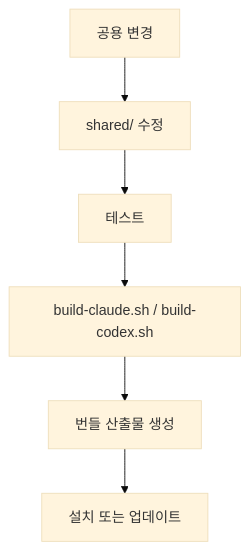
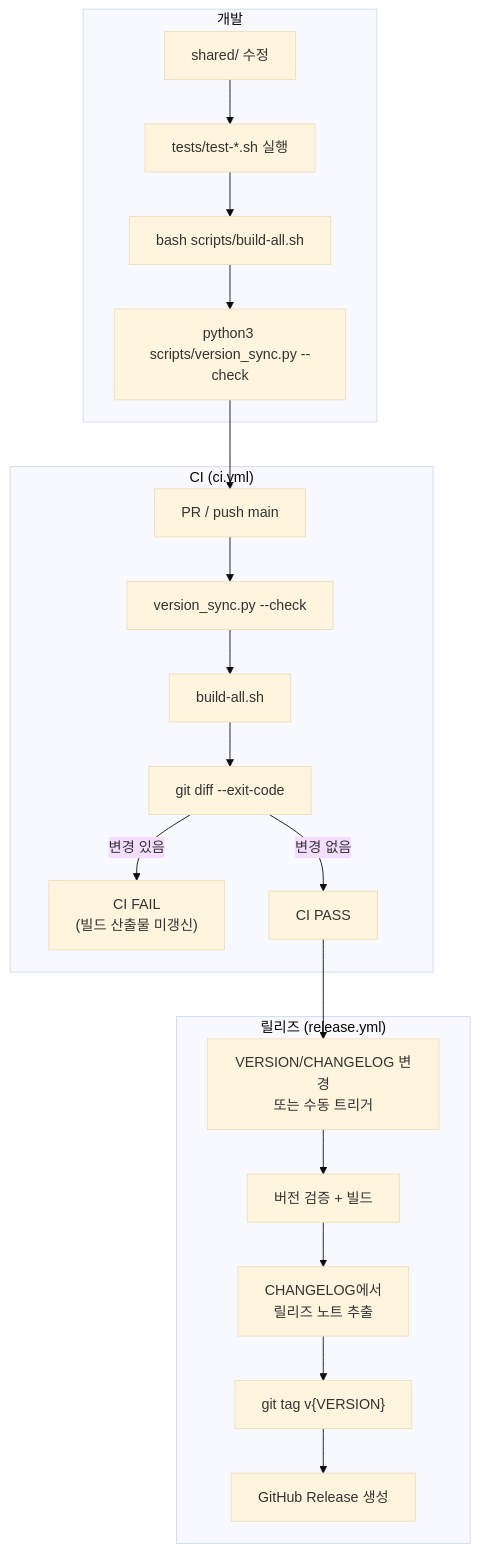
One commit to Jimmy-Jung/ai-symbiote changed the fourth of 4 diagrams in docs/FLOWS.md. Above: the diagram before and after it, drawn with Mermaid (base theme). The commit also changed other lines of this file and 5 other files, not shown here.

````diff
--- a/docs/FLOWS.md
+++ b/docs/FLOWS.md
@@ -54,8 +86,23 @@
 ```mermaid
 flowchart TD
-    A["공용 변경"] --> B["shared/ 수정"]
-    B --> C["테스트"]
-    C --> D["build-claude.sh / build-codex.sh"]
-    D --> E["번들 산출물 생성"]
-    E --> F["설치 또는 업데이트"]
+    subgraph "개발"
+        A["shared/ 수정"] --> B["tests/test-*.sh 실행"]
+        B --> C["bash scripts/build-all.sh"]
+        C --> D["python3 scripts/version_sync.py --check"]
+    end
+    subgraph "CI (ci.yml)"
+        E["PR / push main"] --> F["version_sync.py --check"]
+        F --> G["build-all.sh"]
+        G --> H["git diff --exit-code"]
+        H -->|"변경 있음"| I["CI FAIL<br/>(빌드 산출물 미갱신)"]
+        H -->|"변경 없음"| J["CI PASS"]
+    end
+    subgraph "릴리즈 (release.yml)"
+        K["VERSION/CHANGELOG 변경<br/>또는 수동 트리거"] --> L["버전 검증 + 빌드"]
+        L --> M["CHANGELOG에서<br/>릴리즈 노트 추출"]
+        M --> N["git tag v{VERSION}"]
+        N --> O["GitHub Release 생성"]
+    end
+    D --> E
+    J --> K
 ```
````
